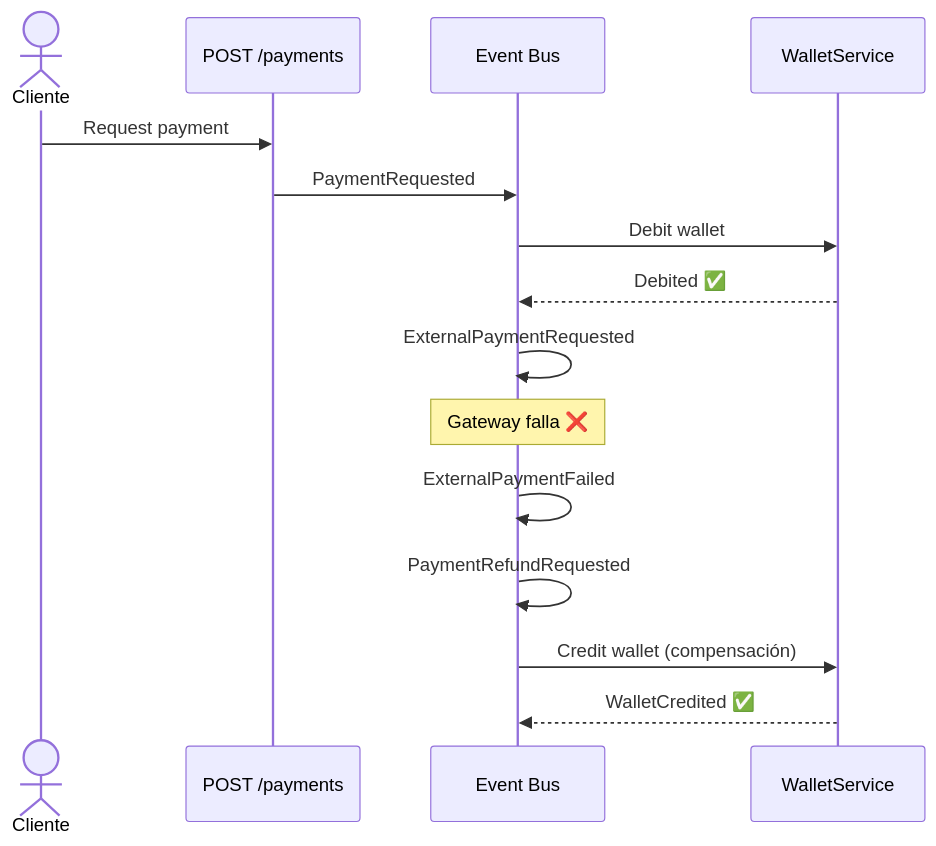
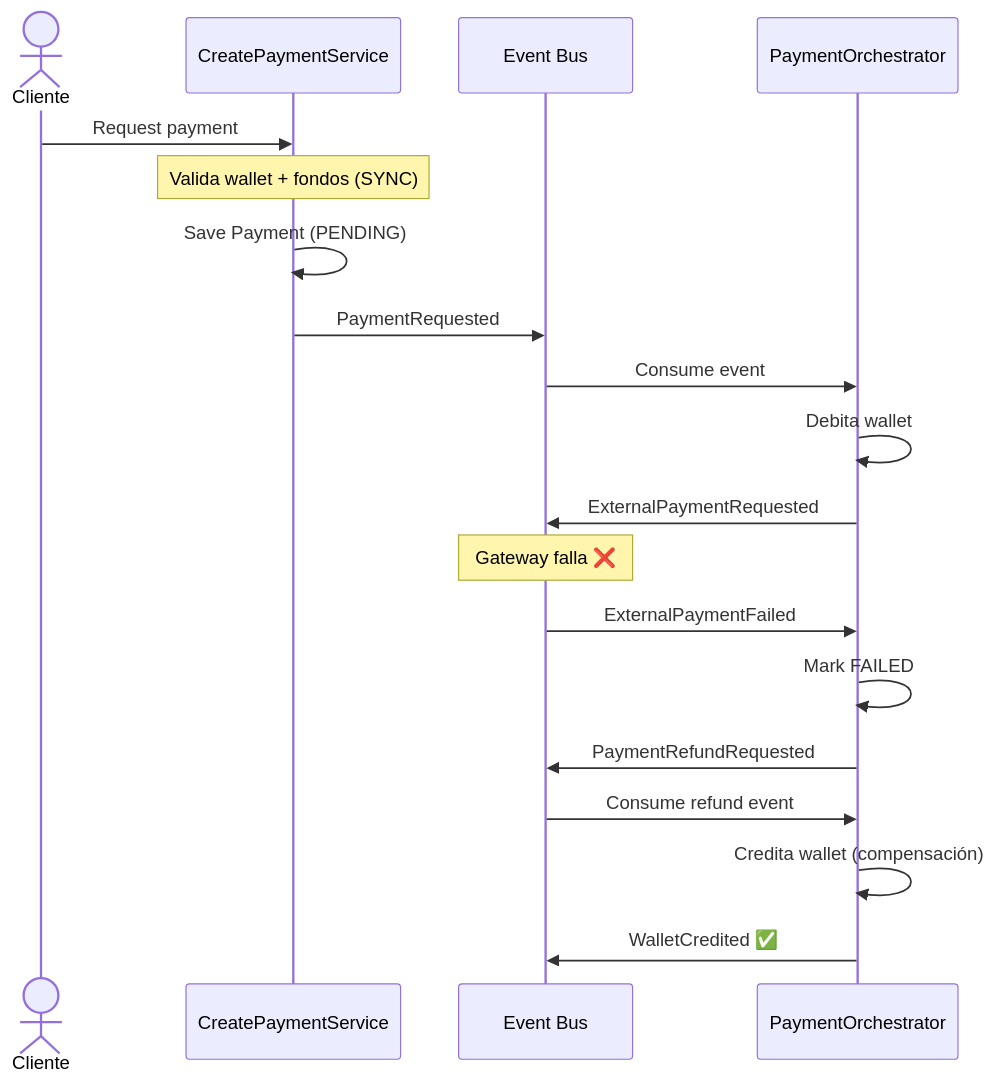
The third of 4 diagrams in docs/01-arquitectura.md (frankko93/payment-api), drawn with Mermaid before and after one commit. The commit also changed other lines of this file and 5 other files, not shown here.

````diff
--- a/docs/01-arquitectura.md
+++ b/docs/01-arquitectura.md
@@ -83,18 +87,22 @@
 ```mermaid
 sequenceDiagram
     actor Cliente
-    participant API as POST /payments
+    participant API as CreatePaymentService
     participant Bus as Event Bus
-    participant Wallet as WalletService
+    participant PO as PaymentOrchestrator
     
     Cliente->>API: Request payment
+    Note over API: Valida wallet + fondos (SYNC)
+    API->>API: Save Payment (PENDING)
     API->>Bus: PaymentRequested
-    Bus->>Wallet: Debit wallet
-    Wallet-->>Bus: Debited ✅
-    Bus->>Bus: ExternalPaymentRequested
+    Bus->>PO: Consume event
+    PO->>PO: Debita wallet
+    PO->>Bus: ExternalPaymentRequested
     Note over Bus: Gateway falla ❌
-    Bus->>Bus: ExternalPaymentFailed
-    Bus->>Bus: PaymentRefundRequested
-    Bus->>Wallet: Credit wallet (compensación)
-    Wallet-->>Bus: WalletCredited ✅
+    Bus->>PO: ExternalPaymentFailed
+    PO->>PO: Mark FAILED
+    PO->>Bus: PaymentRefundRequested
+    Bus->>PO: Consume refund event
+    PO->>PO: Credita wallet (compensación)
+    PO->>Bus: WalletCredited ✅
 ```
````
